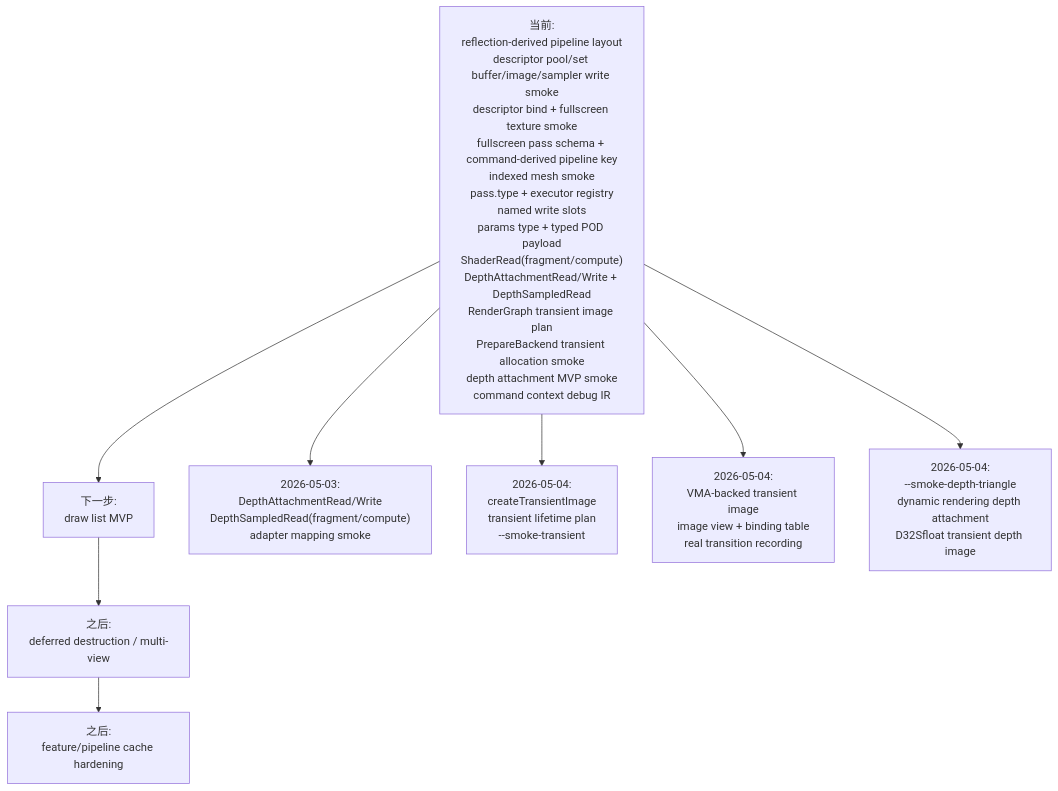
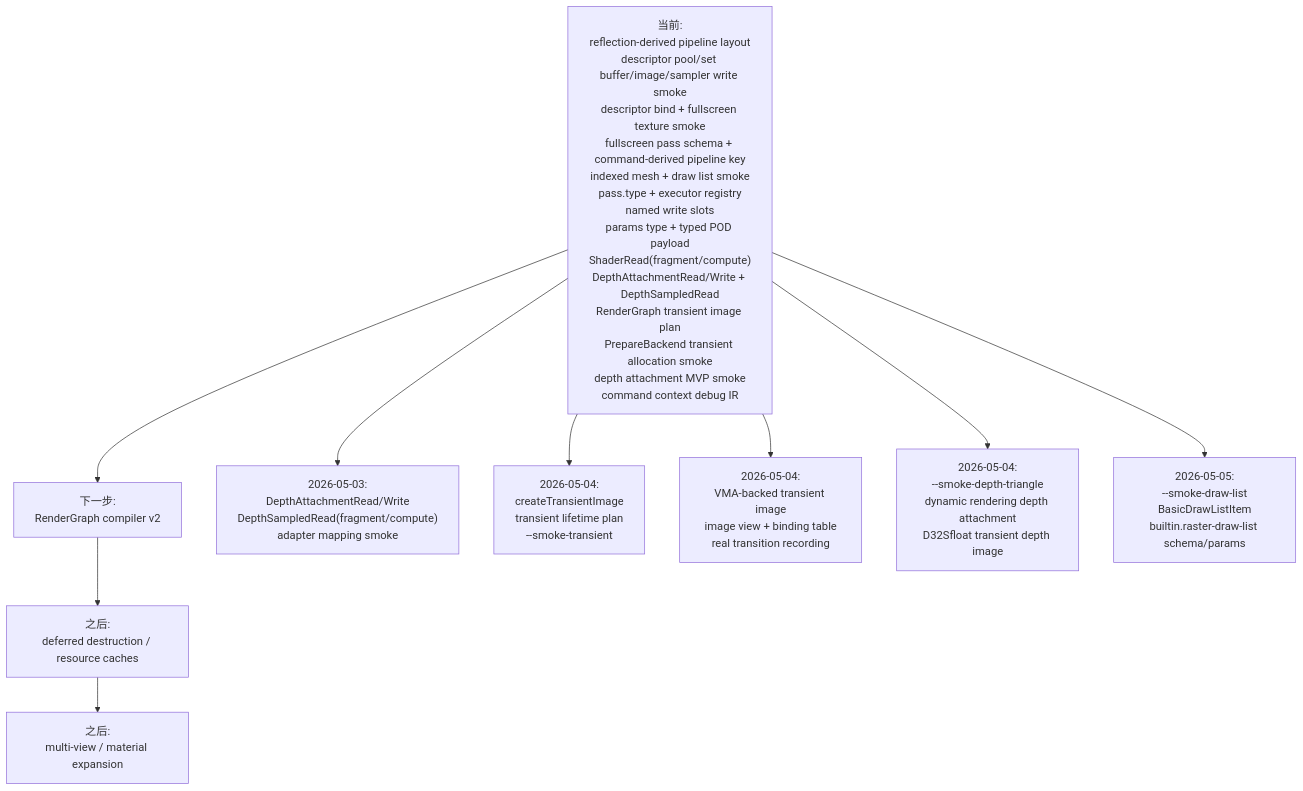
Before and after one commit to 66six11/Engine: diagram 14 of 14 in docs/flow-architecture.md, drawn with Mermaid. The commit also changed other lines of this file and 10 other files, not shown here.

Commit message:
feat: add draw list smoke renderer

````diff
--- a/docs/flow-architecture.md
+++ b/docs/flow-architecture.md
@@ -550,18 +564,20 @@
 ```mermaid
 flowchart TD
-    Now["当前:<br/>reflection-derived pipeline layout<br/>descriptor pool/set buffer/image/sampler write smoke<br/>descriptor bind + fullscreen texture smoke<br/>fullscreen pass schema + command-derived pipeline key<br/>indexed mesh smoke<br/>pass.type + executor registry<br/>named write slots<br/>params type + typed POD payload<br/>ShaderRead(fragment/compute)<br/>DepthAttachmentRead/Write + DepthSampledRead<br/>RenderGraph transient image plan<br/>PrepareBackend transient allocation smoke<br/>depth attachment MVP smoke<br/>command context debug IR"]
-    Step1["下一步:<br/>draw list MVP"]
-    Step2["之后:<br/>deferred destruction / multi-view"]
-    Step3["之后:<br/>feature/pipeline cache hardening"]
+    Now["当前:<br/>reflection-derived pipeline layout<br/>descriptor pool/set buffer/image/sampler write smoke<br/>descriptor bind + fullscreen texture smoke<br/>fullscreen pass schema + command-derived pipeline key<br/>indexed mesh + draw list smoke<br/>pass.type + executor registry<br/>named write slots<br/>params type + typed POD payload<br/>ShaderRead(fragment/compute)<br/>DepthAttachmentRead/Write + DepthSampledRead<br/>RenderGraph transient image plan<br/>PrepareBackend transient allocation smoke<br/>depth attachment MVP smoke<br/>command context debug IR"]
+    Step1["下一步:<br/>RenderGraph compiler v2"]
+    Step2["之后:<br/>deferred destruction / resource caches"]
+    Step3["之后:<br/>multi-view / material expansion"]
 
     Now --> Step1 --> Step2 --> Step3
 
     DepthStateUpdate["2026-05-03:<br/>DepthAttachmentRead/Write<br/>DepthSampledRead(fragment/compute)<br/>adapter mapping smoke"]
     Now --> DepthStateUpdate
     TransientUpdate["2026-05-04:<br/>createTransientImage<br/>transient lifetime plan<br/>--smoke-transient"]
     Now --> TransientUpdate
     TransientVkUpdate["2026-05-04:<br/>VMA-backed transient image<br/>image view + binding table<br/>real transition recording"]
     Now --> TransientVkUpdate
     DepthTriangleUpdate["2026-05-04:<br/>--smoke-depth-triangle<br/>dynamic rendering depth attachment<br/>D32Sfloat transient depth image"]
     Now --> DepthTriangleUpdate
+    DrawListUpdate["2026-05-05:<br/>--smoke-draw-list<br/>BasicDrawListItem<br/>builtin.raster-draw-list schema/params"]
+    Now --> DrawListUpdate
 ```
````
